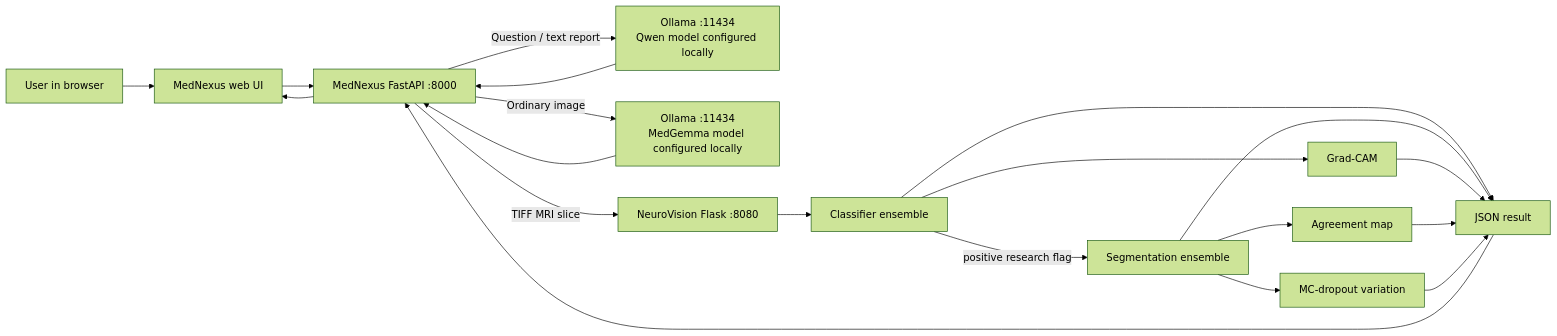
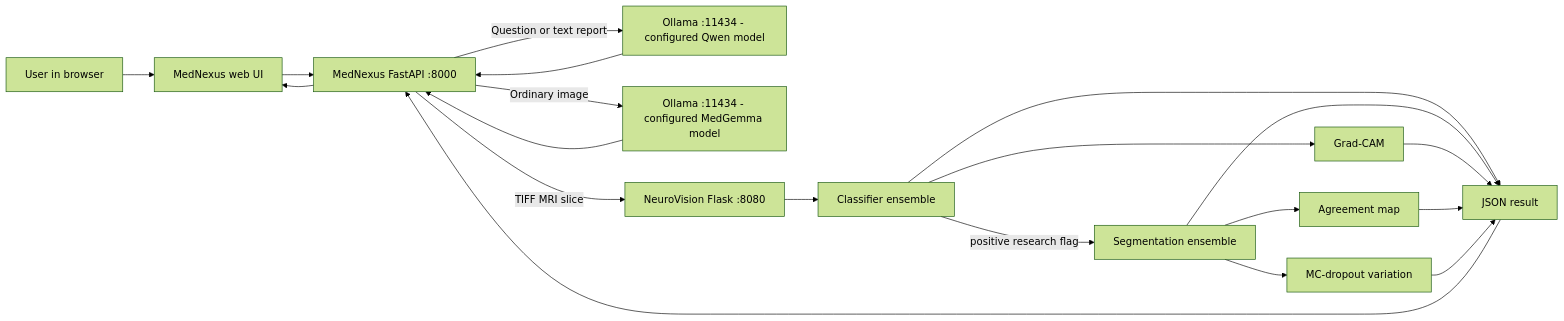
Before and after one commit to biswajyoti-nath/MedNexus: the first of 2 diagrams in docs/architecture.md, drawn with Mermaid (forest theme). The commit also changed other lines of this file, not shown here.

Commit message:
Fix GitHub Mermaid rendering

````diff
--- a/docs/architecture.md
+++ b/docs/architecture.md
@@ -5,22 +5,22 @@
 ```mermaid
 flowchart LR
   U[User in browser] --> UI[MedNexus web UI]
   UI --> API[MedNexus FastAPI :8000]
-  API -->|Question / text report| Q[Ollama :11434\nQwen model configured locally]
-  API -->|Ordinary image| V[Ollama :11434\nMedGemma model configured locally]
+  API -->|Question or text report| Q[Ollama :11434 - configured Qwen model]
+  API -->|Ordinary image| V[Ollama :11434 - configured MedGemma model]
   API -->|TIFF MRI slice| MRI[NeuroVision Flask :8080]
   MRI --> C[Classifier ensemble]
   C -->|positive research flag| S[Segmentation ensemble]
   C --> X1[Grad-CAM]
   S --> X2[Agreement map]
   S --> X3[MC-dropout variation]
   C --> R[JSON result]
   S --> R
   X1 --> R
   X2 --> R
   X3 --> R
   R --> API
   Q --> API
   V --> API
   API --> UI
 ```
````
